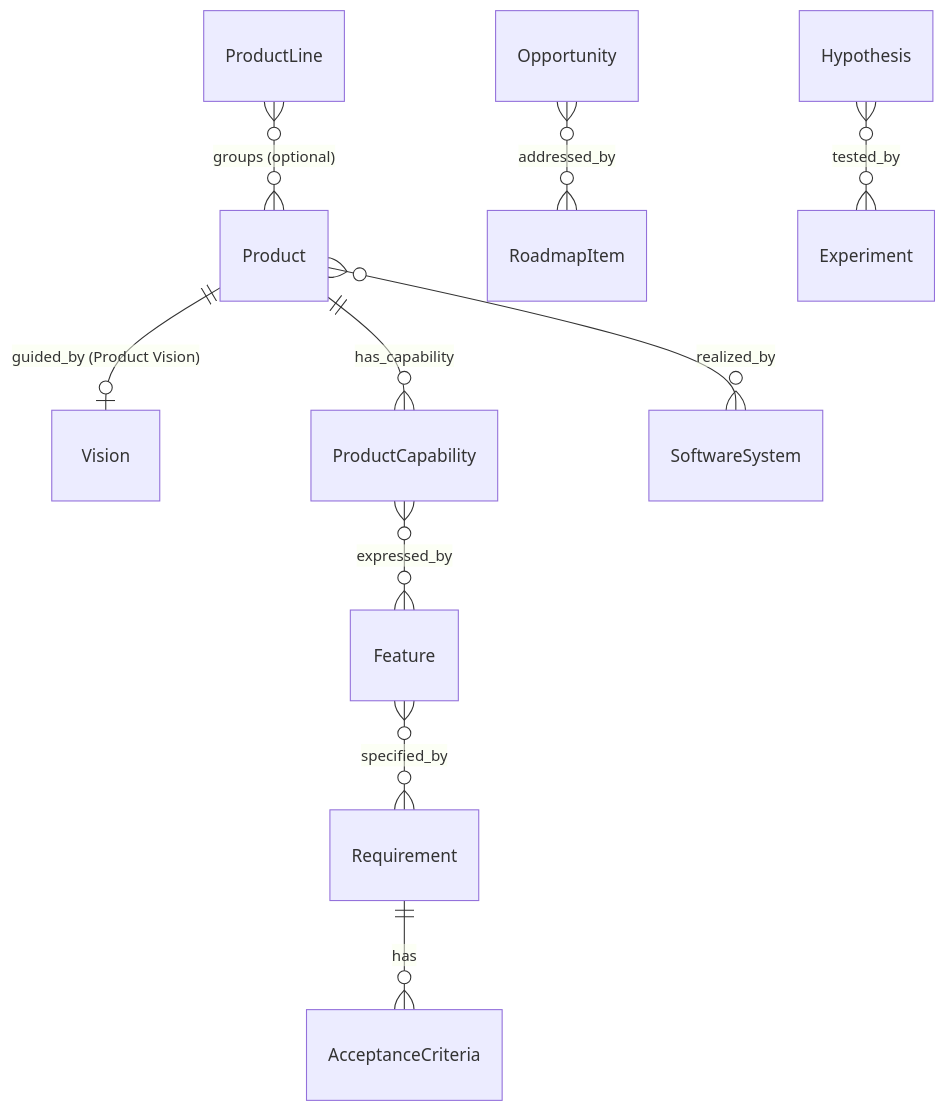
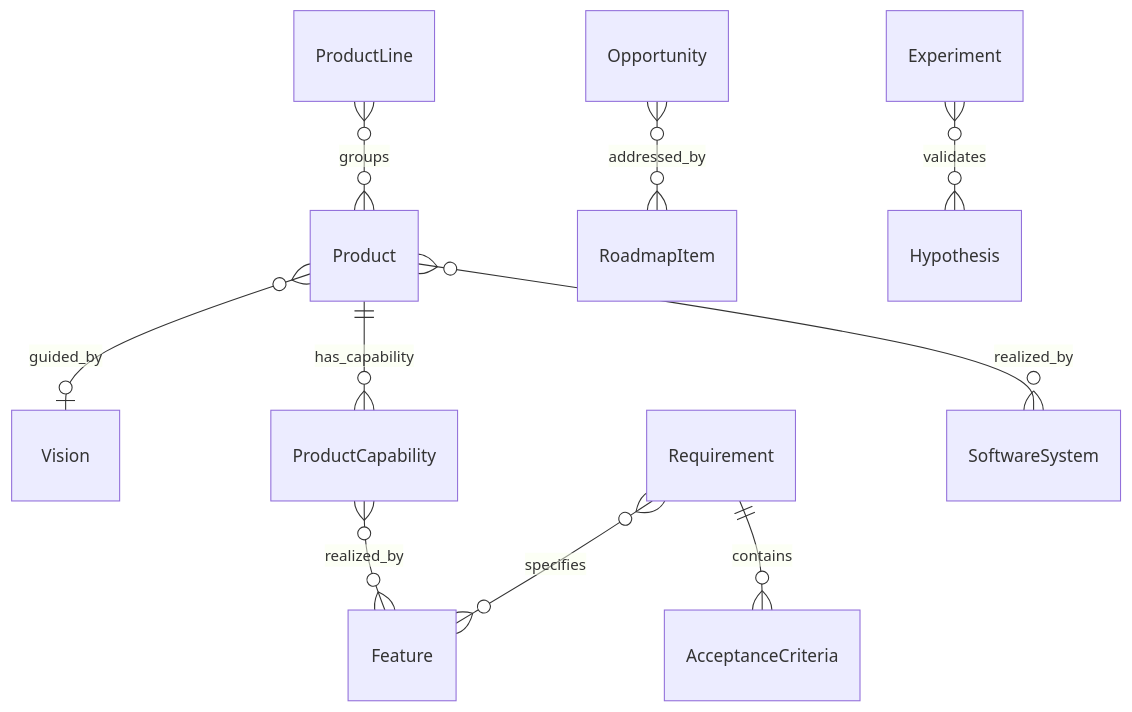
Before and after one commit to maxvydrin/vision: the fifth of 12 diagrams in SOFTWARE_ORGANIZATION_DOMAIN_MODEL.md, drawn with Mermaid. The commit also changed other lines of this file and 3 other files, not shown here.

````diff
--- a/SOFTWARE_ORGANIZATION_DOMAIN_MODEL.md
+++ b/SOFTWARE_ORGANIZATION_DOMAIN_MODEL.md
@@ -308,12 +330,12 @@
 ```mermaid
 erDiagram
-    ProductLine }o--o{ Product : "groups (optional)"
-    Product ||--o| Vision : "guided_by (Product Vision)"
+    ProductLine }o--o{ Product : "groups"
+    Product }o--o| Vision : "guided_by"
     Product ||--o{ ProductCapability : "has_capability"
-    ProductCapability }o--o{ Feature : "expressed_by"
-    Feature }o--o{ Requirement : "specified_by"
-    Requirement ||--o{ AcceptanceCriteria : "has"
+    ProductCapability }o--o{ Feature : "realized_by"
+    Requirement }o--o{ Feature : "specifies"
+    Requirement ||--o{ AcceptanceCriteria : "contains"
     Product }o--o{ SoftwareSystem : "realized_by"
     Opportunity }o--o{ RoadmapItem : "addressed_by"
-    Hypothesis }o--o{ Experiment : "tested_by"
+    Experiment }o--o{ Hypothesis : "validates"
 ```
````
